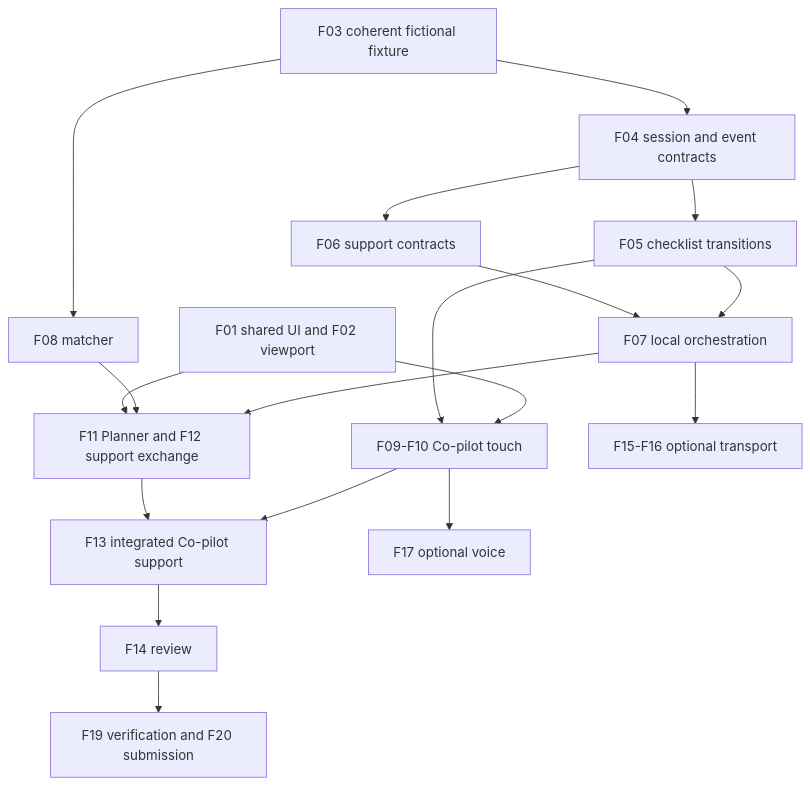
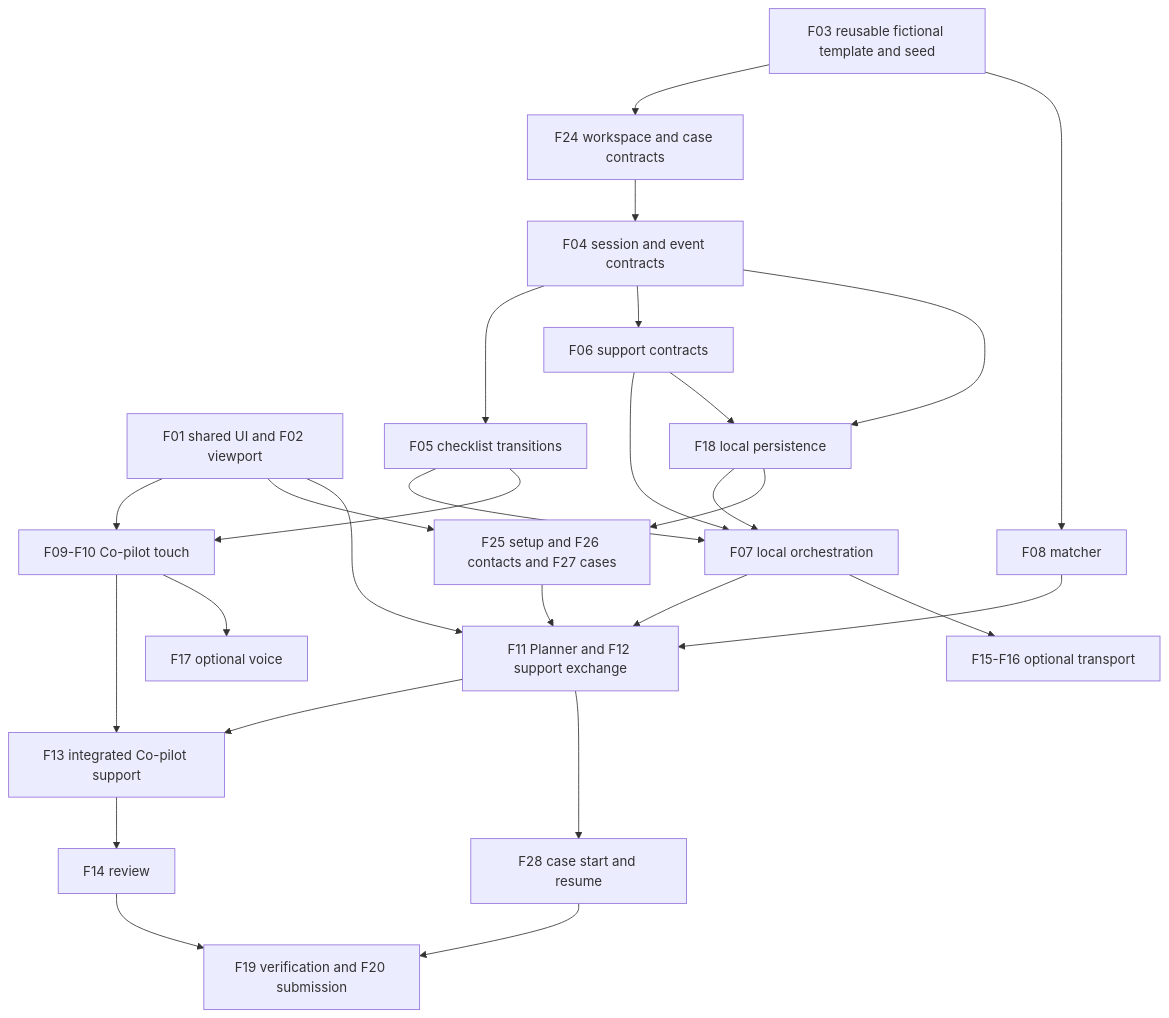
Before and after one commit to rsheth8/Northstar-OR: the second of 2 diagrams in docs/IMPLEMENTATION_PLAN.md, drawn with Mermaid. The commit also changed other lines of this file and 9 other files, not shown here.

````diff
--- a/docs/IMPLEMENTATION_PLAN.md
+++ b/docs/IMPLEMENTATION_PLAN.md
@@ -308,20 +317,29 @@
 ```mermaid
 flowchart TD
     A[F01 shared UI and F02 viewport] --> H[F09-F10 Co-pilot touch]
-    B[F03 coherent fictional fixture] --> C[F04 session and event contracts]
+    B[F03 reusable fictional template and seed] --> W[F24 workspace and case contracts]
+    W --> C[F04 session and event contracts]
     C --> D[F05 checklist transitions]
     C --> E[F06 support contracts]
     D --> F[F07 local orchestration]
     E --> F
+    E --> S[F18 local persistence]
+    C --> S
+    S --> F
+    S --> U[F25 setup and F26 contacts and F27 cases]
+    A --> U
+    U --> I
     B --> G[F08 matcher]
     D --> H
     F --> I[F11 Planner and F12 support exchange]
     G --> I
     A --> I
     H --> J[F13 integrated Co-pilot support]
     I --> J
     J --> K[F14 review]
+    I --> R[F28 case start and resume]
+    R --> L
     K --> L[F19 verification and F20 submission]
     F --> M[F15-F16 optional transport]
     H --> N[F17 optional voice]
 ```
````
